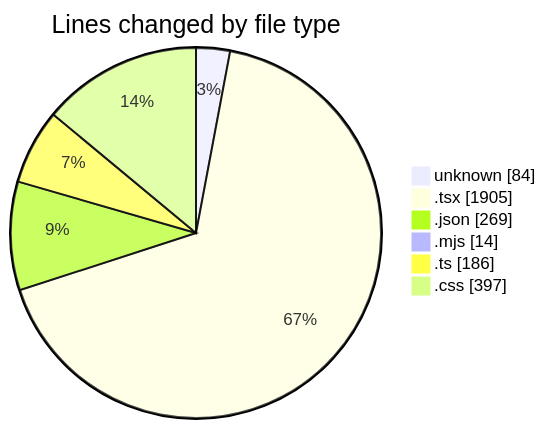
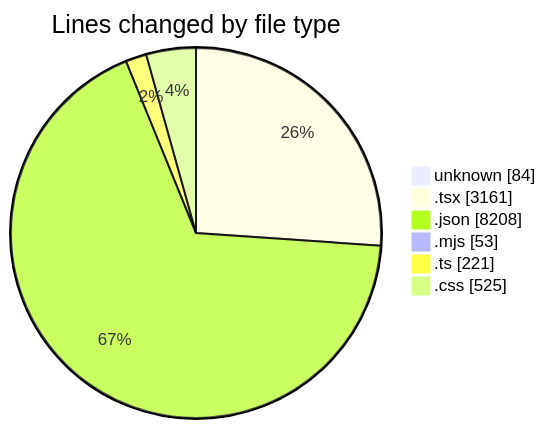
One commit to Elitesun/code-tracking changed the first of 2 diagrams in 2025-05-15/niten/README.md. Above: the diagram before and after it, drawn with Mermaid. The commit also changed other lines of this file and 1 other file, not shown here.

````diff
--- a/2025-05-15/niten/README.md
+++ b/2025-05-15/niten/README.md
@@ -40,10 +44,10 @@
 ```mermaid
 pie showData
 title Lines changed by file type
 "unknown" : 84
-".tsx" : 1905
-".json" : 269
-".mjs" : 14
-".ts" : 186
-".css" : 397
+".tsx" : 3161
+".json" : 8208
+".mjs" : 53
+".ts" : 221
+".css" : 525
 ```
````
